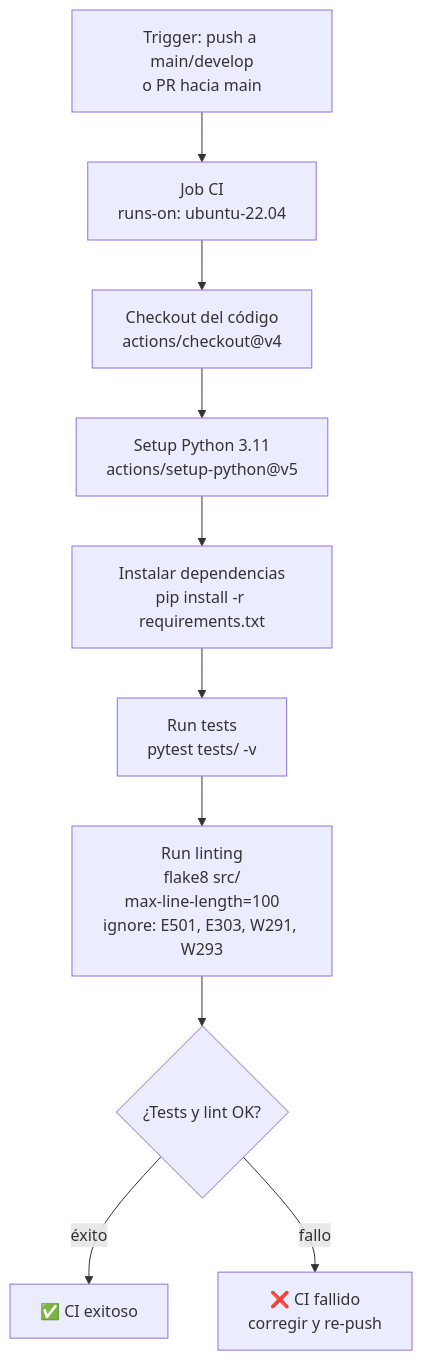
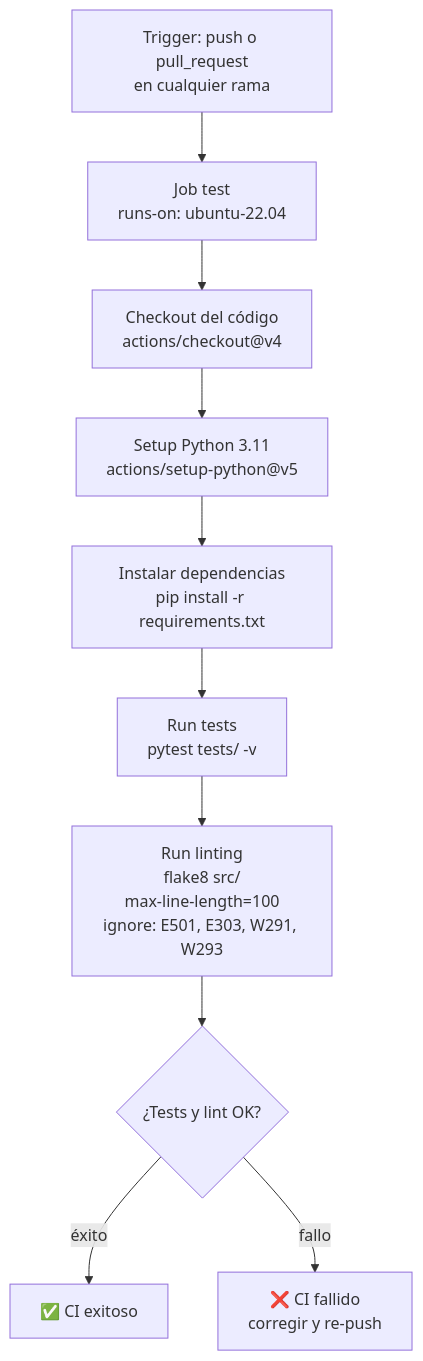
One commit to No-Country-simulation/G10-Latam-Equipo24-CommunityLab changed the second of 2 diagrams in README.md. Above: the diagram before and after it, drawn with Mermaid. The commit also changed 1 other file, not shown here.

Commit message:
docs(ci): corrige trigger y nombre del job en la guia del pipeline
- El workflow se dispara en push y pull_request de CUALQUIER rama
  (branches: ['**']), no solo main/develop
- El job se llama 'test' (el required status check), no 'Job CI'

````diff
--- a/README.md
+++ b/README.md
@@ -98,12 +98,12 @@
 ```mermaid
 flowchart TD
-    A["Trigger: push a main/develop<br/>o PR hacia main"] --> B["Job CI<br/>runs-on: ubuntu-22.04"]
+    A["Trigger: push o pull_request<br/>en cualquier rama"] --> B["Job test<br/>runs-on: ubuntu-22.04"]
     B --> C["Checkout del código<br/>actions/checkout@v4"]
     C --> D["Setup Python 3.11<br/>actions/setup-python@v5"]
     D --> E["Instalar dependencias<br/>pip install -r requirements.txt"]
     E --> F["Run tests<br/>pytest tests/ -v"]
     F --> G["Run linting<br/>flake8 src/<br/>max-line-length=100<br/>ignore: E501, E303, W291, W293"]
     G --> H{"¿Tests y lint OK?"}
     H -- "éxito" --> I["✅ CI exitoso"]
     H -- "fallo" --> J["❌ CI fallido<br/>corregir y re-push"]
 ```
````
